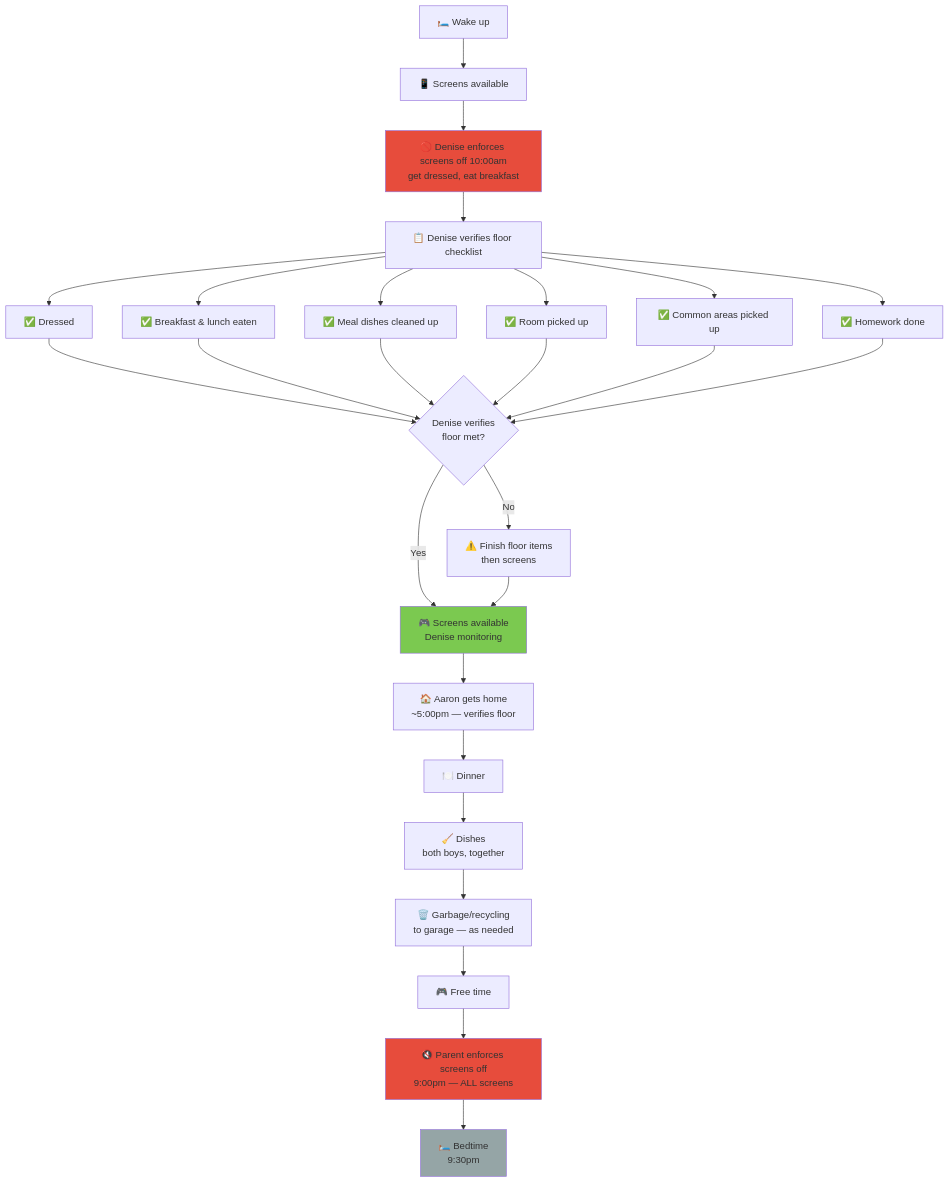
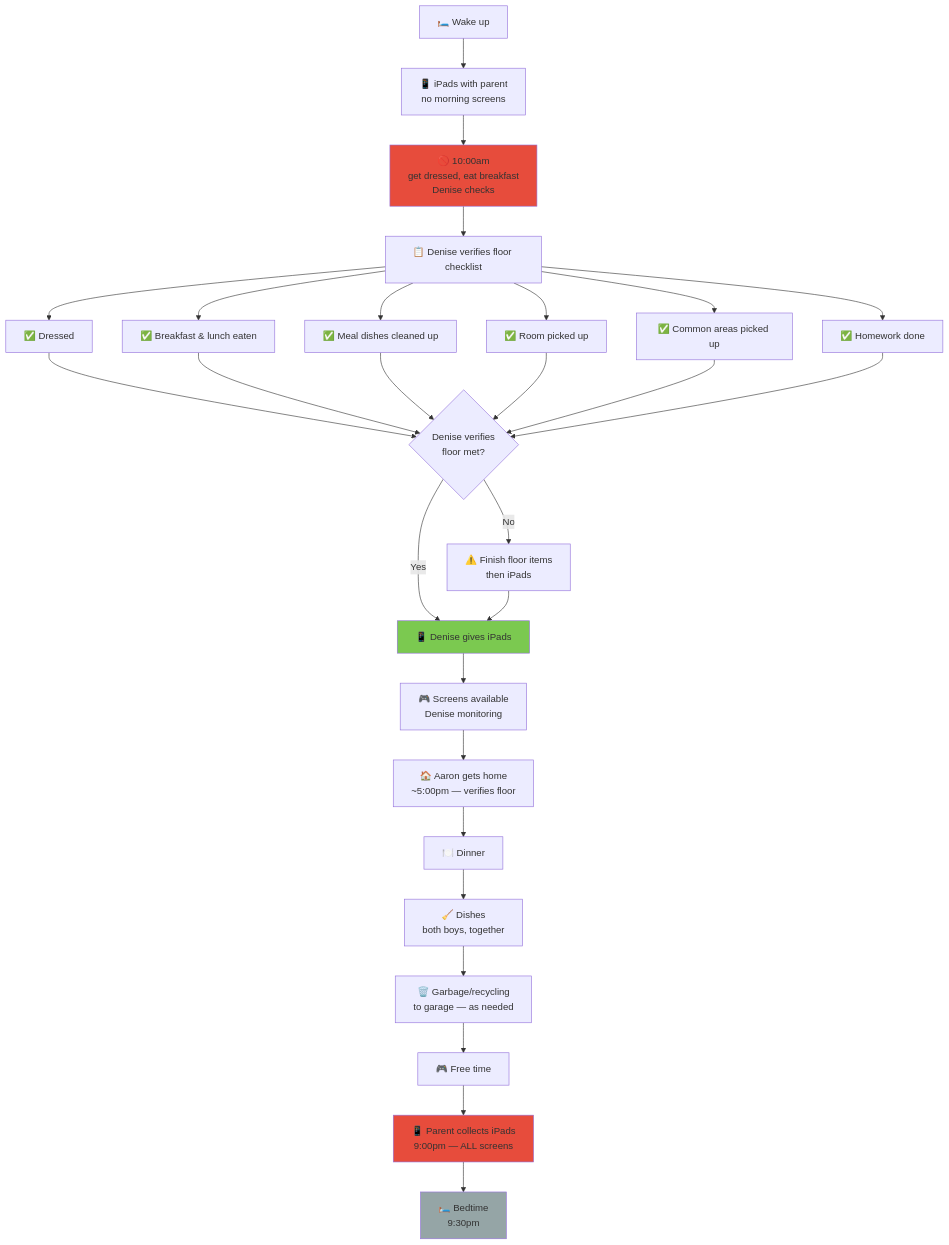
The first of 2 diagrams in day-types/05-weekday-off.md (ajass/technology-reset), drawn with Mermaid before and after one commit. The commit also changed other lines of this file and 8 other files, not shown here.

First line of the commit message:
Add physical iPad gating to Phase 1 — devices held by parent until floor verified

````diff
--- a/day-types/05-weekday-off.md
+++ b/day-types/05-weekday-off.md
@@ -17,33 +17,34 @@
 ```mermaid
 flowchart TD
-    A["🛏️ Wake up"] --> B["📱 Screens available"]
-    B --> C["🚫 Denise enforces screens off 10:00am<br/>get dressed, eat breakfast"]
+    A["🛏️ Wake up"] --> IP["📱 iPads with parent<br/>no morning screens"]
+    IP --> C["🚫 10:00am<br/>get dressed, eat breakfast<br/>Denise checks"]
     C --> D["📋 Denise verifies floor checklist"]
     D --> D1["✅ Dressed"]
     D --> D2["✅ Breakfast & lunch eaten"]
     D --> D3["✅ Meal dishes cleaned up"]
     D --> D4["✅ Room picked up"]
     D --> D5["✅ Common areas picked up"]
     D --> D6["✅ Homework done"]
     D1 --> E{"Denise verifies<br/>floor met?"}
     D2 --> E
     D3 --> E
     D4 --> E
     D5 --> E
     D6 --> E
-    E -->|Yes| F["🎮 Screens available<br/>Denise monitoring"]
-    E -->|No| G["⚠️ Finish floor items<br/>then screens"]
-    G --> F
+    E -->|Yes| DG["📱 Denise gives iPads"]
+    E -->|No| G["⚠️ Finish floor items<br/>then iPads"]
+    G --> DG
+    DG --> F["🎮 Screens available<br/>Denise monitoring"]
     F --> I["🏠 Aaron gets home<br/>~5:00pm — verifies floor"]
     I --> J["🍽️ Dinner"]
-    J --> L["🧹 Dishes<br/>both boys, together"]
-    L --> M["🗑️ Garbage/recycling<br/>to garage — as needed"]
-    M --> N["🎮 Free time"]
-    N --> O["🔇 Parent enforces screens off<br/>9:00pm — ALL screens"]
-    O --> P["🛏️ Bedtime<br/>9:30pm"]
+    J --> K["🧹 Dishes<br/>both boys, together"]
+    K --> L["🗑️ Garbage/recycling<br/>to garage — as needed"]
+    L --> M["🎮 Free time"]
+    M --> N["📱 Parent collects iPads<br/>9:00pm — ALL screens"]
+    N --> O["🛏️ Bedtime<br/>9:30pm"]
 
     style C fill:#e74c3c
-    style F fill:#7bc950
-    style O fill:#e74c3c
-    style P fill:#95a5a6
+    style DG fill:#7bc950
+    style N fill:#e74c3c
+    style O fill:#95a5a6
 ```
````
